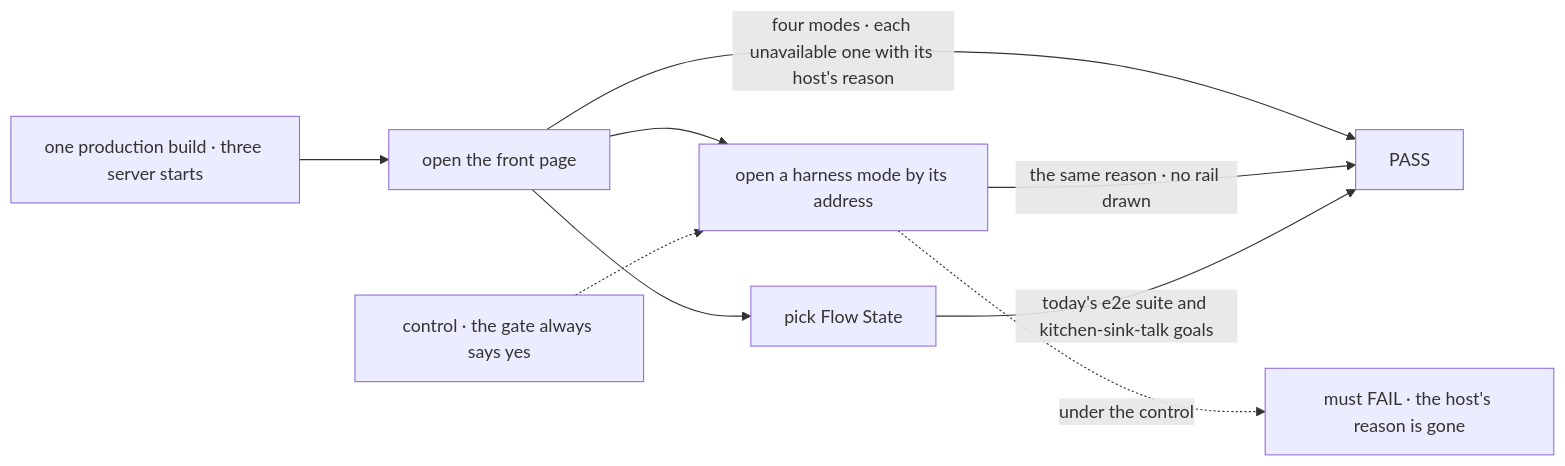
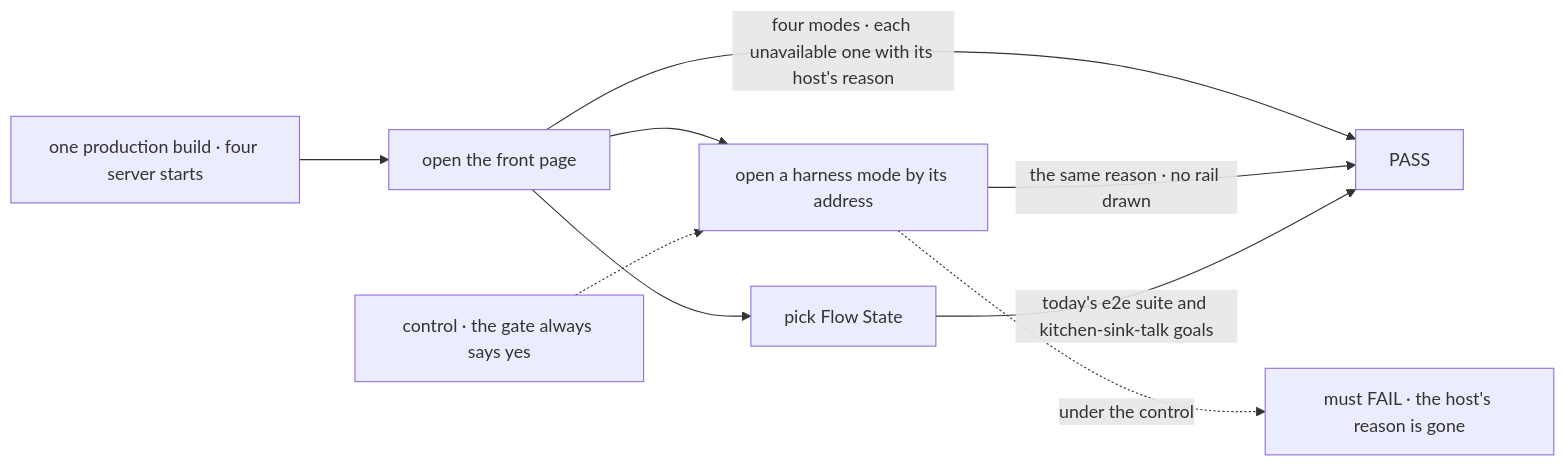
Before and after one commit to fixpoint-labs/flow-state-dev: the first of 2 diagrams in specs/issues/FIX-1914/SPEC.md, drawn with Mermaid. The commit also changed other lines of this file and 6 other files, not shown here.

````diff
--- a/specs/issues/FIX-1914/SPEC.md
+++ b/specs/issues/FIX-1914/SPEC.md
@@ -28,11 +28,11 @@
 ```mermaid
 flowchart LR
-  B["one production build · three server starts"] --> F["open the front page"]
+  B["one production build · four server starts"] --> F["open the front page"]
   F -->|"four modes · each unavailable one with its host's reason"| P["PASS"]
   F --> U["open a harness mode by its address"]
   U -->|"the same reason · no rail drawn"| P
   F --> S["pick Flow State"]
   S -->|"today's e2e suite and kitchen-sink-talk goals"| P
   C["control · the gate always says yes"] -.-> U
   U -.->|"under the control"| X["must FAIL · the host's reason is gone"]
 ```
````
